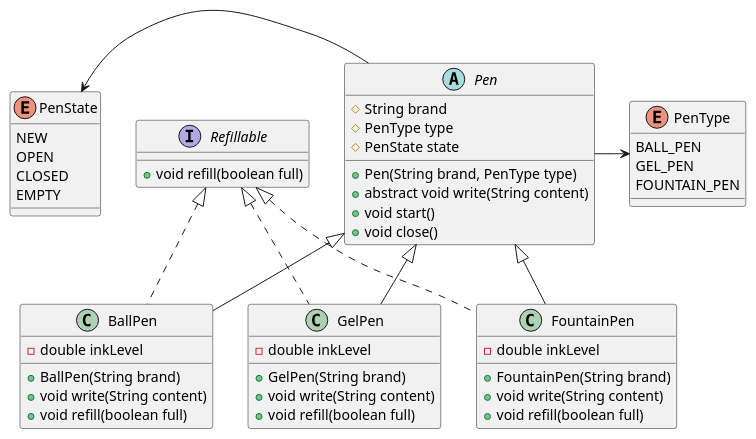
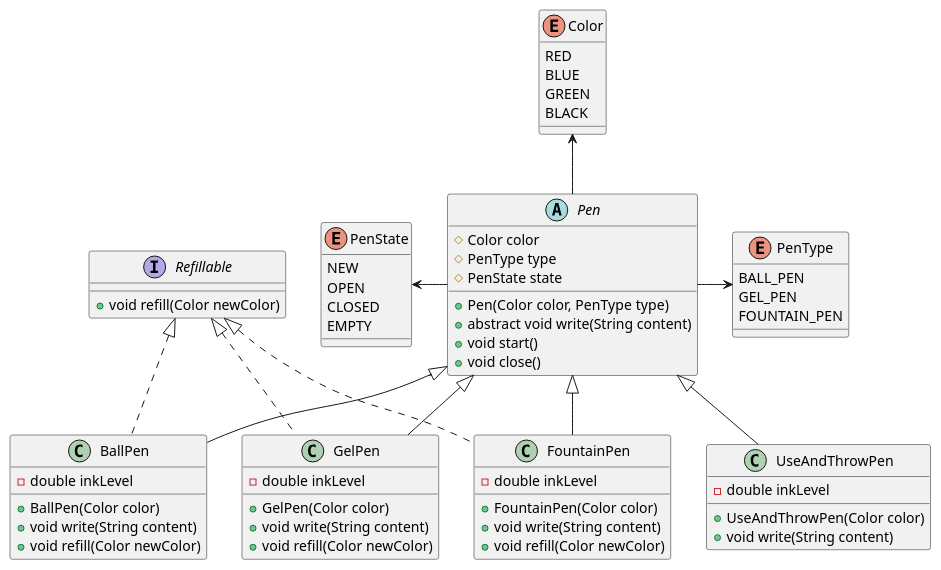
The diagram in design-pen/README.md (PRAteek-singHWY/SST28-LLD101), drawn with PlantUML before and after one commit. The commit also changed other lines of this file and 8 other files, not shown here.

Commit message:
refactor: apply lecture feedback including Color, UseAndThrowPen, and strict behavior mapping

````diff
--- a/design-pen/README.md
+++ b/design-pen/README.md
@@ -27,54 +27,68 @@
 ```plantuml
 @startuml
 enum PenType {
   BALL_PEN
   GEL_PEN
   FOUNTAIN_PEN
 }
 
 enum PenState {
   NEW
   OPEN
   CLOSED
   EMPTY
 }
 
+enum Color {
+  RED
+  BLUE
+  GREEN
+  BLACK
+}
+
 interface Refillable {
-  + void refill(boolean full)
+  + void refill(Color newColor)
 }
 
 abstract class Pen {
-  # String brand
+  # Color color
   # PenType type
   # PenState state
-  + Pen(String brand, PenType type)
+  + Pen(Color color, PenType type)
   + abstract void write(String content)
   + void start()
   + void close()
 }
 
 class BallPen extends Pen implements Refillable {
   - double inkLevel
-  + BallPen(String brand)
+  + BallPen(Color color)
   + void write(String content)
-  + void refill(boolean full)
+  + void refill(Color newColor)
 }
 
 class GelPen extends Pen implements Refillable {
   - double inkLevel
-  + GelPen(String brand)
+  + GelPen(Color color)
   + void write(String content)
-  + void refill(boolean full)
+  + void refill(Color newColor)
 }
 
 class FountainPen extends Pen implements Refillable {
   - double inkLevel
-  + FountainPen(String brand)
+  + FountainPen(Color color)
   + void write(String content)
-  + void refill(boolean full)
+  + void refill(Color newColor)
+}
+
+class UseAndThrowPen extends Pen {
+  - double inkLevel
+  + UseAndThrowPen(Color color)
+  + void write(String content)
 }
 
 Pen -right-> PenType
 Pen -left-> PenState
+Pen -up-> Color
 @enduml
 ```
````
